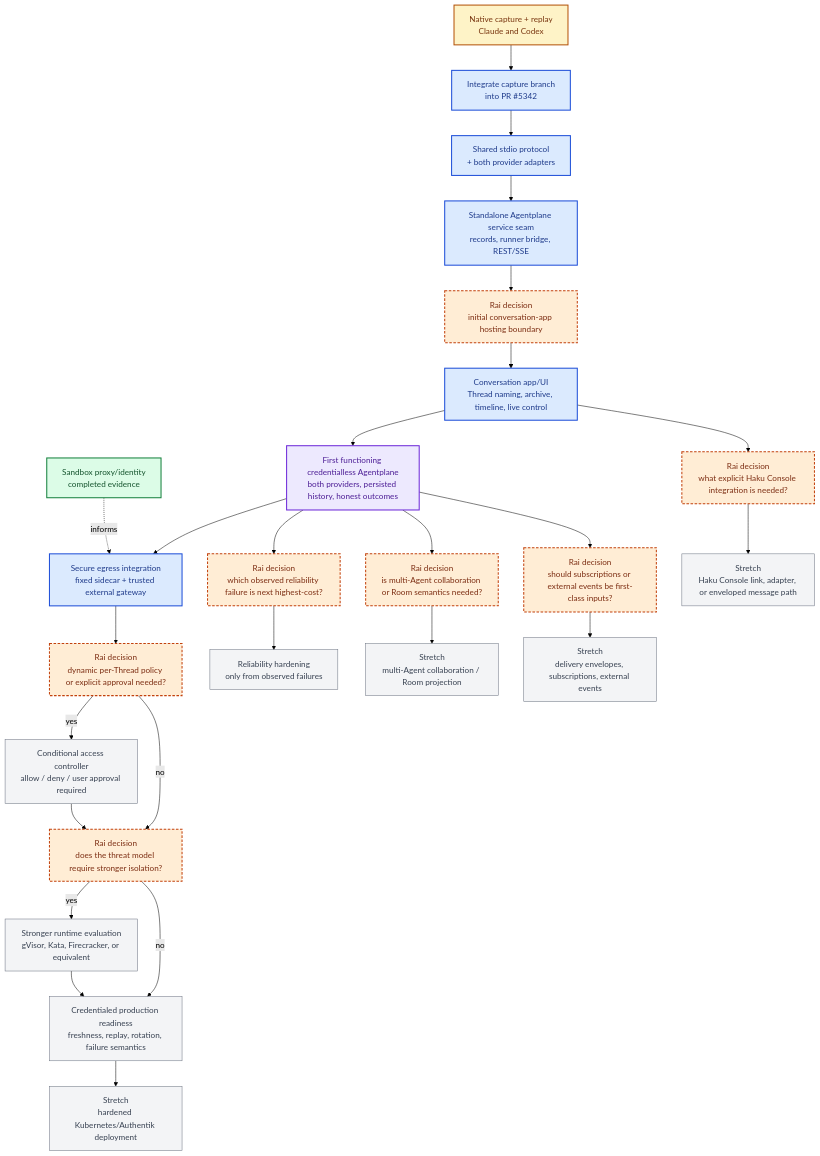
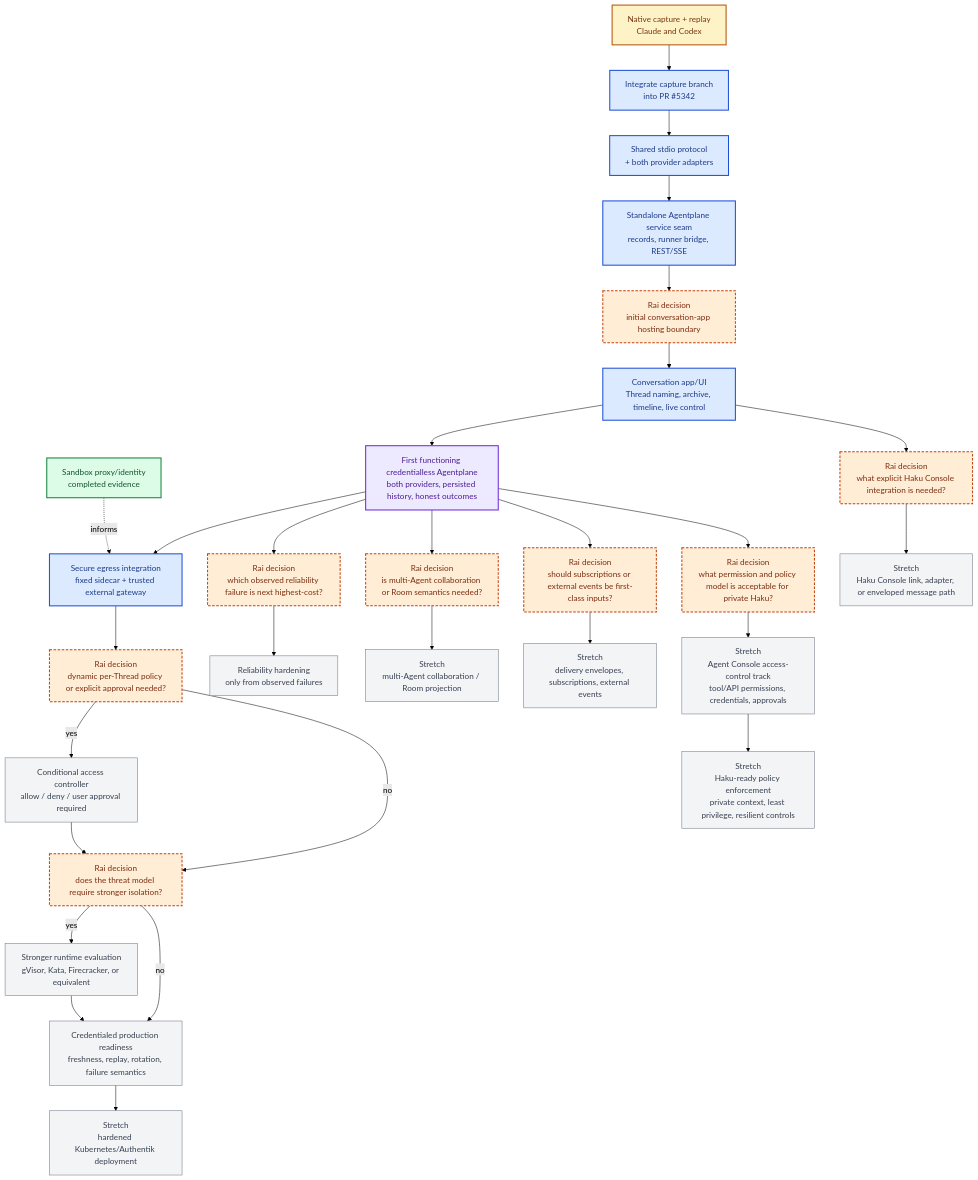
One commit to agentydragon-agent/ducktape changed the diagram in x/agentplane/plans/task_dag.md. Above: the diagram before and after it, drawn with Mermaid (forest theme). The commit also changed other lines of this file, not shown here.

Commit message:
docs: add haku policy track to agentplane dag

````diff
--- a/x/agentplane/plans/task_dag.md
+++ b/x/agentplane/plans/task_dag.md
@@ -27,49 +30,53 @@
 ```mermaid
 flowchart TB
     classDef completed fill:#dcfce7,stroke:#15803d,color:#14532d,stroke-width:2px
     classDef captureComplete fill:#fef3c7,stroke:#b45309,color:#78350f,stroke-width:2px
     classDef next fill:#dbeafe,stroke:#1d4ed8,color:#1e3a8a,stroke-width:2px
     classDef milestone fill:#ede9fe,stroke:#6d28d9,color:#4c1d95,stroke-width:2px
     classDef decision fill:#ffedd5,stroke:#c2410c,color:#7c2d12,stroke-width:2px,stroke-dasharray:5 3
     classDef future fill:#f3f4f6,stroke:#6b7280,color:#374151
 
     S0["Sandbox proxy/identity<br/>completed evidence"]:::completed
     A["Native capture + replay<br/>Claude and Codex"]:::captureComplete
     I["Integrate capture branch<br/>into PR #5342"]:::next
     B["Shared stdio protocol<br/>+ both provider adapters"]:::next
     C["Standalone Agentplane service seam<br/>records, runner bridge, REST/SSE"]:::next
     D["Rai decision<br/>initial conversation-app hosting boundary"]:::decision
     E["Conversation app/UI<br/>Thread naming, archive, timeline, live control"]:::next
     F["First functioning credentialless Agentplane<br/>both providers, persisted history, honest outcomes"]:::milestone
 
     J["Secure egress integration<br/>fixed sidecar + trusted external gateway"]:::next
     P["Rai decision<br/>dynamic per-Thread policy or explicit approval needed?"]:::decision
     K["Conditional access controller<br/>allow / deny / user approval required"]:::future
     R["Rai decision<br/>does the threat model require stronger isolation?"]:::decision
     L["Credentialed production readiness<br/>freshness, replay, rotation, failure semantics"]:::future
     V["Stronger runtime evaluation<br/>gVisor, Kata, Firecracker, or equivalent"]:::future
 
     Q["Rai decision<br/>which observed reliability failure is next highest-cost?"]:::decision
     M["Reliability hardening<br/>only from observed failures"]:::future
 
     H["Rai decision<br/>is multi-Agent collaboration or Room semantics needed?"]:::decision
     N["Stretch<br/>multi-Agent collaboration / Room projection"]:::future
     X["Rai decision<br/>should subscriptions or external events be first-class inputs?"]:::decision
     Y["Stretch<br/>delivery envelopes, subscriptions, external events"]:::future
     Z["Rai decision<br/>what explicit Haku Console integration is needed?"]:::decision
     U["Stretch<br/>Haku Console link, adapter, or enveloped message path"]:::future
+    AA["Rai decision<br/>what permission and policy model is acceptable for private Haku?"]:::decision
+    AB["Stretch<br/>Agent Console access-control track<br/>tool/API permissions, credentials, approvals"]:::future
+    AC["Stretch<br/>Haku-ready policy enforcement<br/>private context, least privilege, resilient controls"]:::future
     W["Stretch<br/>hardened Kubernetes/Authentik deployment"]:::future
 
     A --> I --> B --> C --> D --> E --> F
     F --> J --> P
     P -->|yes| K --> R
     P -->|no| R
     R -->|yes| V --> L
     R -->|no| L
     F --> Q --> M
     F --> H --> N
     F --> X --> Y
     E --> Z --> U
+    F --> AA --> AB --> AC
     L --> W
     S0 -. informs .-> J
 ```
````
